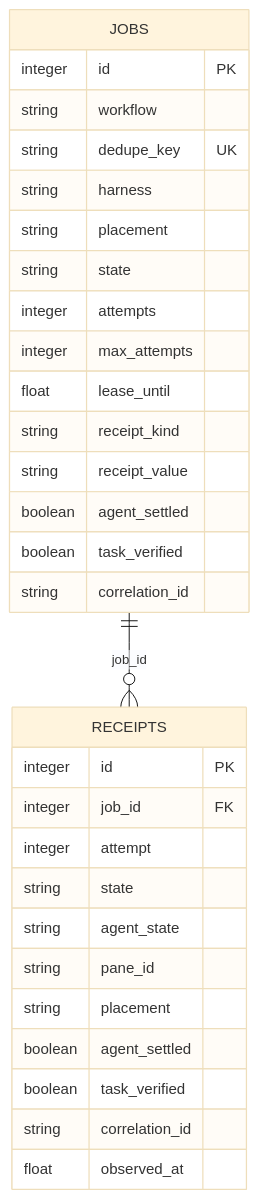
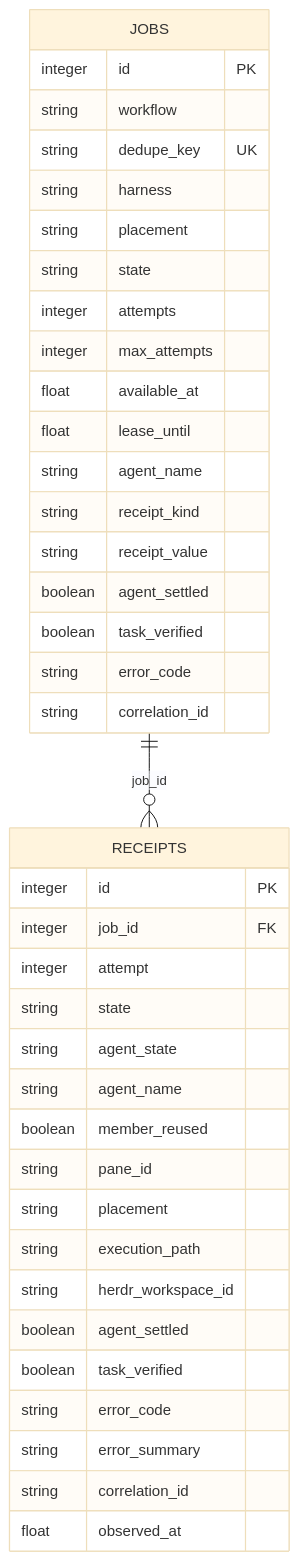
One commit to oldwinter/herdr-orchestrator changed the third of 3 diagrams in droid-wiki/primitives/jobs-and-receipts.md. Above: the diagram before and after it, drawn with Mermaid (base theme). The commit also changed other lines of this file and 62 other files, not shown here.

````diff
--- a/droid-wiki/primitives/jobs-and-receipts.md
+++ b/droid-wiki/primitives/jobs-and-receipts.md
@@ -77,33 +102,42 @@
 ```mermaid
 erDiagram
     JOBS ||--o{ RECEIPTS : "job_id"
     JOBS {
         integer id PK
         string workflow
         string dedupe_key UK
         string harness
         string placement
         string state
         integer attempts
         integer max_attempts
+        float available_at
         float lease_until
+        string agent_name
         string receipt_kind
         string receipt_value
         boolean agent_settled
         boolean task_verified
+        string error_code
         string correlation_id
     }
     RECEIPTS {
         integer id PK
         integer job_id FK
         integer attempt
         string state
         string agent_state
+        string agent_name
+        boolean member_reused
         string pane_id
         string placement
+        string execution_path
+        string herdr_workspace_id
         boolean agent_settled
         boolean task_verified
+        string error_code
+        string error_summary
         string correlation_id
         float observed_at
     }
 ```
````
